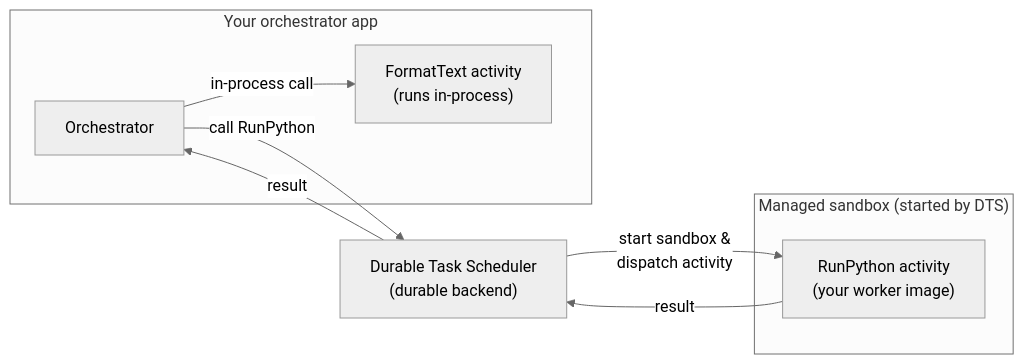
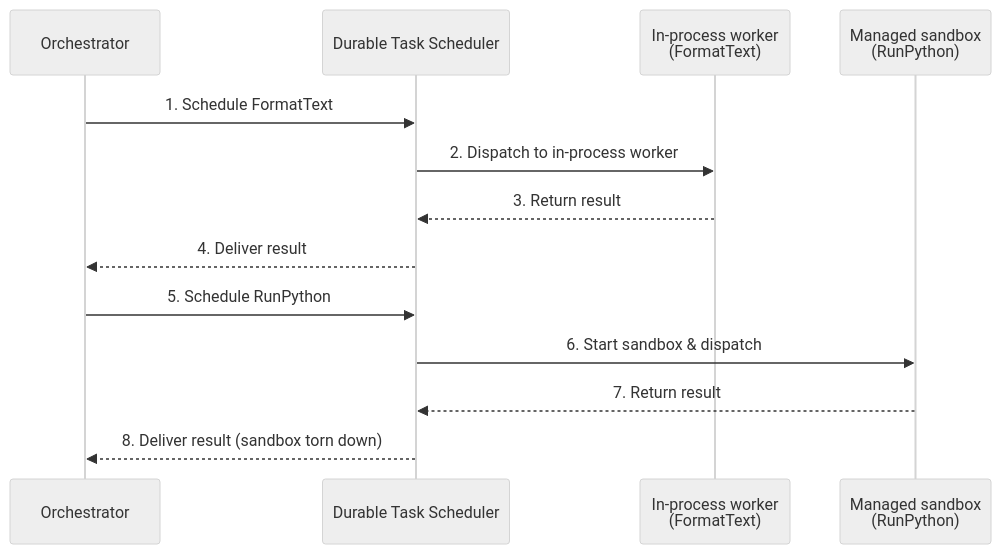
One commit to greenie-msft/Durable-Task-Scheduler changed the diagram in docs/preview-features/on-demand-sandboxes/README.md. Above: the diagram before and after it, drawn with Mermaid (neutral theme). The commit also changed other lines of this file and 2 other files, not shown here.

````diff
--- a/docs/preview-features/on-demand-sandboxes/README.md
+++ b/docs/preview-features/on-demand-sandboxes/README.md
@@ -75,19 +114,17 @@
 ```mermaid
-flowchart LR
-    subgraph YourApp["Your orchestrator app"]
-        Orch["Orchestrator"]
-        InProc["FormatText activity<br/>(runs in-process)"]
-    end
+sequenceDiagram
+    participant Orch as Orchestrator
+    participant DTS as Durable Task Scheduler
+    participant InProc as In-process worker<br/>(FormatText)
+    participant Sandbox as Managed sandbox<br/>(RunPython)
 
-    DTS["Durable Task Scheduler<br/>(durable backend)"]
+    Orch->>DTS: 1. Schedule FormatText
+    DTS->>InProc: 2. Dispatch to in-process worker
+    InProc-->>DTS: 3. Return result
+    DTS-->>Orch: 4. Deliver result
 
-    subgraph Sandbox["Managed sandbox (started by DTS)"]
-        Worker["RunPython activity<br/>(your worker image)"]
-    end
-
-    Orch -->|"in-process call"| InProc
-    Orch -->|"call RunPython"| DTS
-    DTS -->|"start sandbox &<br/>dispatch activity"| Worker
-    Worker -->|"result"| DTS
-    DTS -->|"result"| Orch
+    Orch->>DTS: 5. Schedule RunPython
+    DTS->>Sandbox: 6. Start sandbox & dispatch
+    Sandbox-->>DTS: 7. Return result
+    DTS-->>Orch: 8. Deliver result (sandbox torn down)
 ```
````
